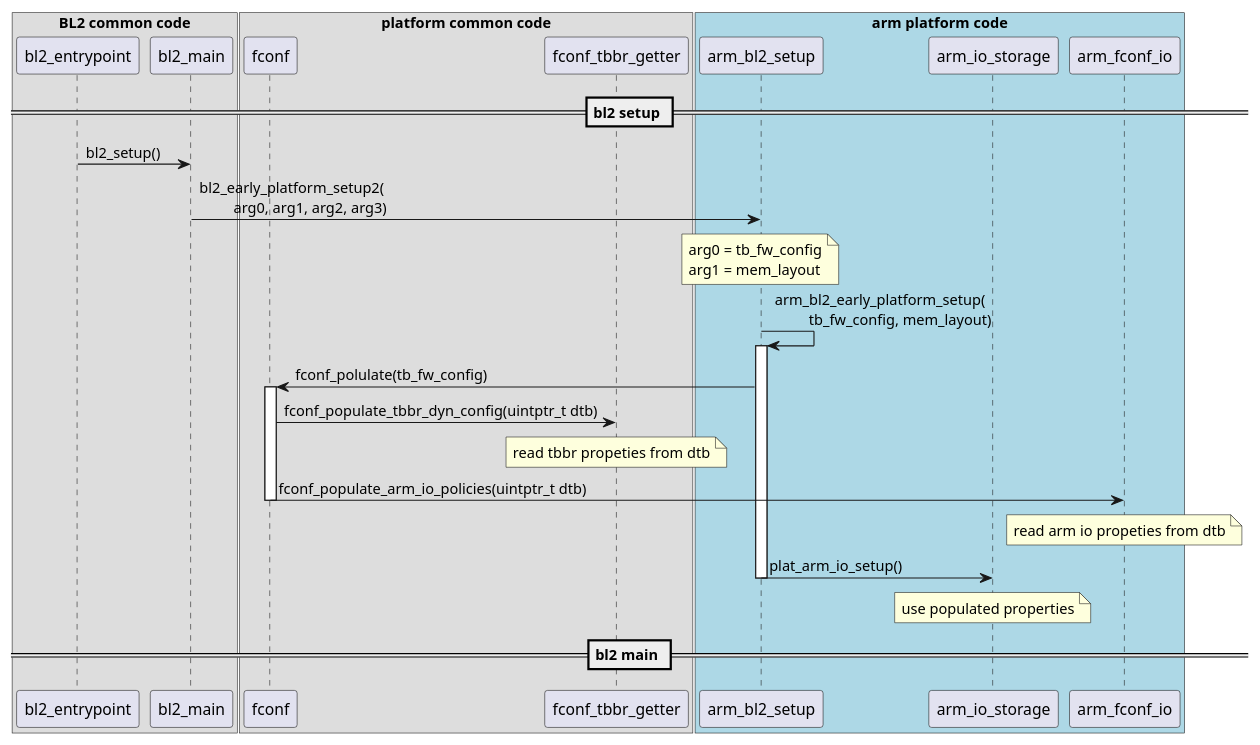
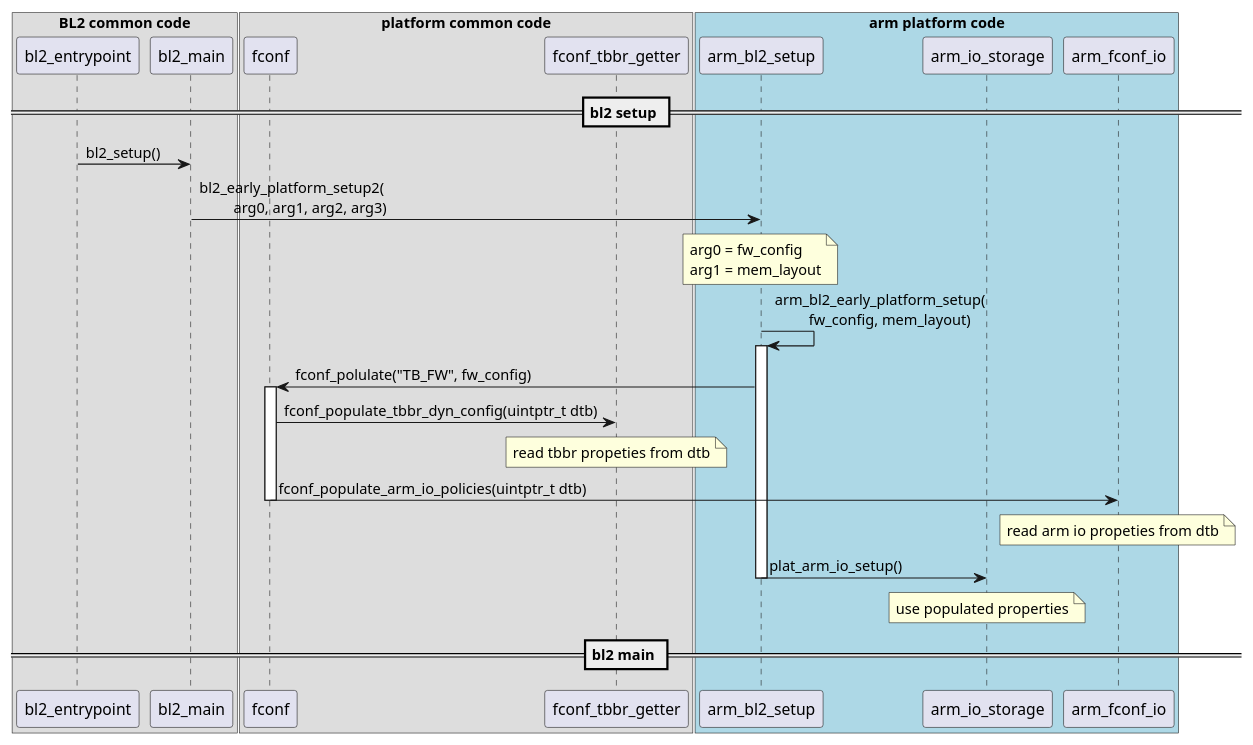
The diagram in docs/resources/diagrams/plantuml/fconf_bl2_populate.puml (renesas-rz/rzg_trusted-firmware-a), drawn with PlantUML before and after one commit. The commit also changed 1 other file, not shown here.

Commit message:
doc: Update fconf uml diagrams
Update the plantuml diagrams to match the latest modification in fconf.

```diff
--- a/docs/resources/diagrams/plantuml/fconf_bl2_populate.puml
+++ b/docs/resources/diagrams/plantuml/fconf_bl2_populate.puml
@@ -1,41 +1,41 @@
 @startuml
 
 box "BL2 common code"
 	participant bl2_entrypoint
 	participant bl2_main
 end box
 
 box "platform common code"
 	participant fconf
 	participant fconf_tbbr_getter
 end box
 
 box "arm platform code" #LightBlue
 	participant arm_bl2_setup
 	participant arm_io_storage
 	participant arm_fconf_io
 end box
 
 == bl2 setup ==
 bl2_entrypoint -> bl2_main : bl2_setup()
 bl2_main -> arm_bl2_setup : bl2_early_platform_setup2(\n\t arg0, arg1, arg2, arg3)
 note over arm_bl2_setup
-	arg0 = tb_fw_config
+	arg0 = fw_config
 	arg1 = mem_layout
 end note
-arm_bl2_setup -> arm_bl2_setup : arm_bl2_early_platform_setup(\n\t tb_fw_config, mem_layout)
+arm_bl2_setup -> arm_bl2_setup : arm_bl2_early_platform_setup(\n\t fw_config, mem_layout)
 activate arm_bl2_setup
-	arm_bl2_setup -> fconf: fconf_polulate(tb_fw_config)
+	arm_bl2_setup -> fconf: fconf_polulate("TB_FW", fw_config)
 	activate fconf
 		fconf -> fconf_tbbr_getter: fconf_populate_tbbr_dyn_config(uintptr_t dtb)
 		note over fconf_tbbr_getter: read tbbr propeties from dtb
 		fconf -> arm_fconf_io: fconf_populate_arm_io_policies(uintptr_t dtb)
 		note over arm_fconf_io: read arm io propeties from dtb
 	deactivate fconf
 	arm_bl2_setup -> arm_io_storage : plat_arm_io_setup()
 	note over arm_io_storage: use populated properties
 deactivate arm_bl2_setup
 
 == bl2 main ==
 
 @enduml
```
